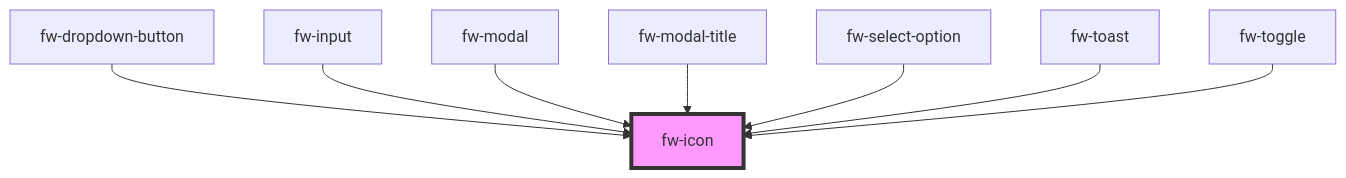
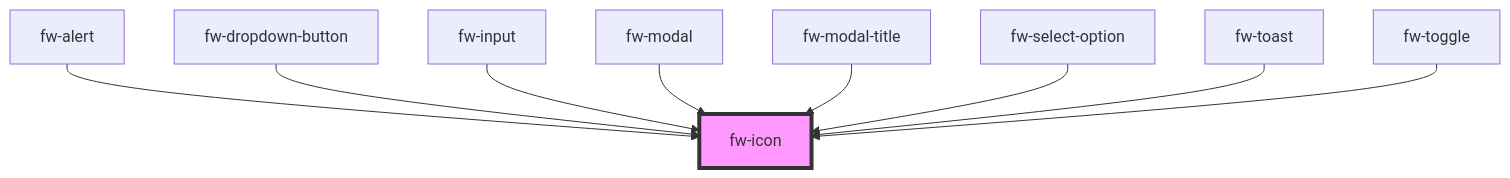
The diagram in packages/crayons-core/src/components/icon/readme.md (freshworks/crayons), drawn with Mermaid before and after one commit. The commit also changed other lines of this file and 6 other files, not shown here.

````diff
--- a/packages/crayons-core/src/components/icon/readme.md
+++ b/packages/crayons-core/src/components/icon/readme.md
@@ -46,11 +47,12 @@
 ```mermaid
 graph TD;
+  fw-alert --> fw-icon
   fw-dropdown-button --> fw-icon
   fw-input --> fw-icon
   fw-modal --> fw-icon
   fw-modal-title --> fw-icon
   fw-select-option --> fw-icon
   fw-toast --> fw-icon
   fw-toggle --> fw-icon
   style fw-icon fill:#f9f,stroke:#333,stroke-width:4px
 ```
````
